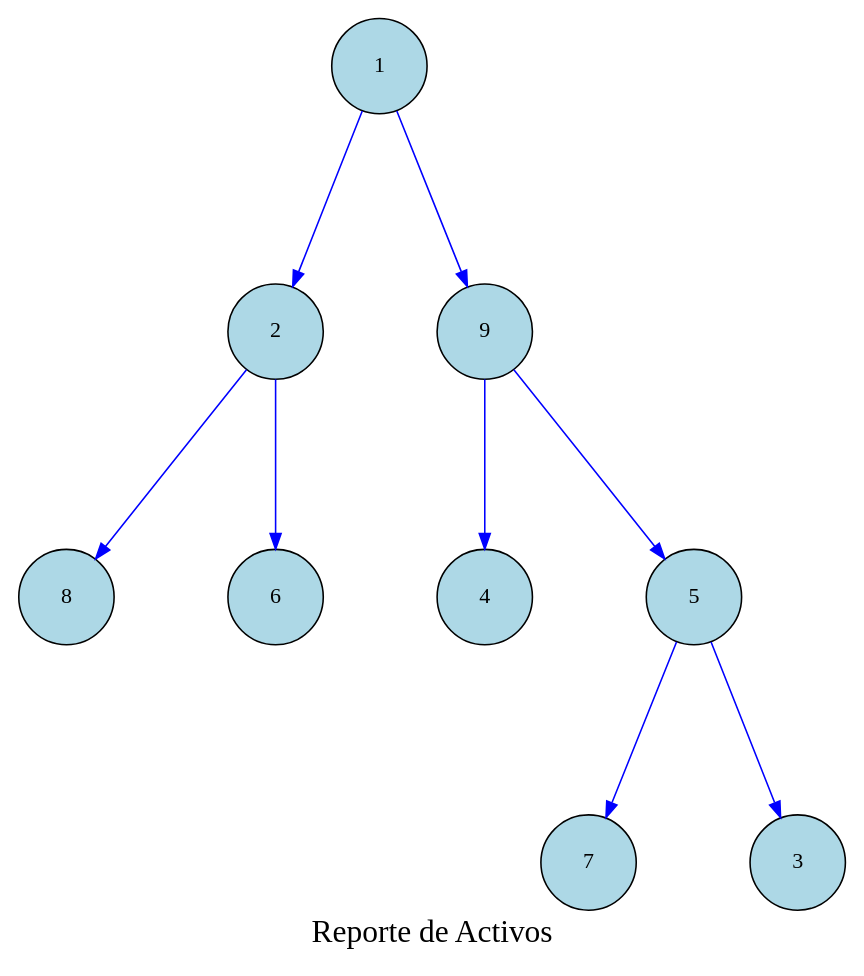
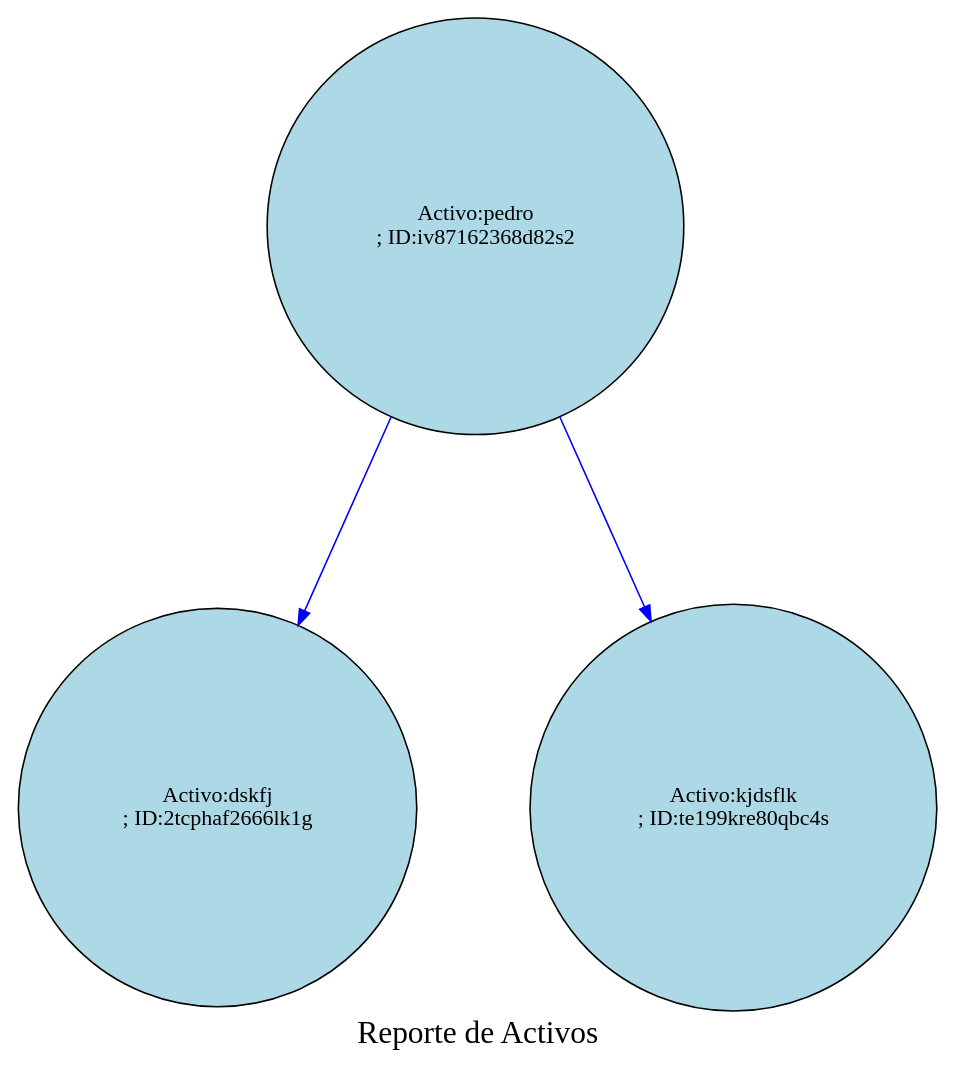
The diagram in Proyecto1/cmake-build-debug/reporteArbolAVL.dot (Ennero/EDD_Proyecto1_Vacas2_202302220), drawn with Graphviz before and after one commit. The commit also changed 14 other files, not shown here.

```diff
--- a/Proyecto1/cmake-build-debug/reporteArbolAVL.dot
+++ b/Proyecto1/cmake-build-debug/reporteArbolAVL.dot
@@ -1,22 +1,13 @@
 digraph AVLTree {
     node [shape=circle,style=filled, fillcolor=lightblue, margin=0.2];
 edge [style=solid, color=blue];
  graph [ranksep=1.5, nodesep=1];graph [label="Reporte de Activos", fontsize=20, fontcolor=black];
-    "93bm1sy0kx46er9" [label="1"];
-    "93bm1sy0kx46er9" -> "67d6ru5turz010y";
-    "67d6ru5turz010y" [label="2"];
-    "67d6ru5turz010y" -> "36vo4b7l237dt5f";
-    "36vo4b7l237dt5f" [label="8"];
-    "67d6ru5turz010y" -> "7313b7r03ndt8qm";
-    "7313b7r03ndt8qm" [label="6"];
-    "93bm1sy0kx46er9" -> "cl0373wnsv91x42";
-    "cl0373wnsv91x42" [label="9"];
-    "cl0373wnsv91x42" -> "9fa3oh72q94v111";
-    "9fa3oh72q94v111" [label="4"];
-    "cl0373wnsv91x42" -> "gm22x1r462tp13g";
-    "gm22x1r462tp13g" [label="5"];
-    "gm22x1r462tp13g" -> "d4v207xtro21078";
-    "d4v207xtro21078" [label="7"];
-    "gm22x1r462tp13g" -> "io2i69dv840niu4";
-    "io2i69dv840niu4" [label="3"];
+    "iv87162368d82s2" [label="Activo:pedro
+; ID:iv87162368d82s2"];
+    "iv87162368d82s2" -> "2tcphaf2666lk1g";
+    "2tcphaf2666lk1g" [label="Activo:dskfj
+; ID:2tcphaf2666lk1g"];
+    "iv87162368d82s2" -> "te199kre80qbc4s";
+    "te199kre80qbc4s" [label="Activo:kjdsflk
+; ID:te199kre80qbc4s"];
 }
```
